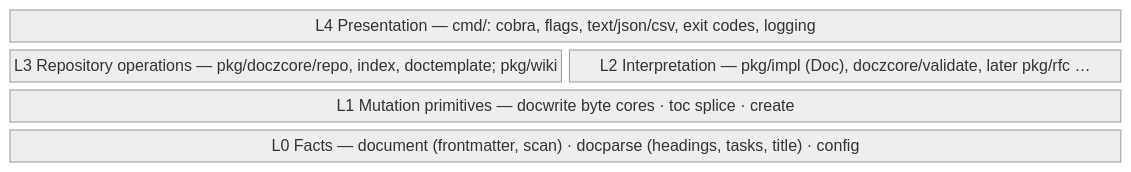
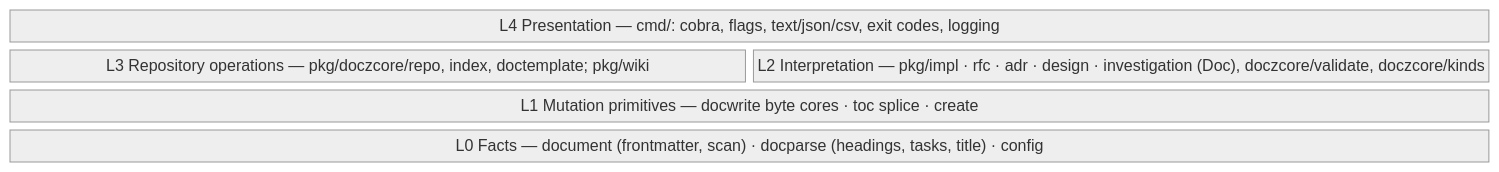
The first of 3 diagrams in docs/adr/0002-docz-is-an-api-package-whose-first-consumer-is-the-cli.md (donaldgifford/docz), drawn with Mermaid (neutral theme) before and after one commit. The commit also changed other lines of this file and 3 other files, not shown here.

````diff
--- a/docs/adr/0002-docz-is-an-api-package-whose-first-consumer-is-the-cli.md
+++ b/docs/adr/0002-docz-is-an-api-package-whose-first-consumer-is-the-cli.md
@@ -104,9 +104,9 @@
    ```mermaid
    block-beta
      columns 2
      L4["L4 Presentation — cmd/: cobra, flags, text/json/csv, exit codes, logging"]:2
      L3["L3 Repository operations — pkg/doczcore/repo, index, doctemplate; pkg/wiki"]
-     L2["L2 Interpretation — pkg/impl (Doc), doczcore/validate, later pkg/rfc …"]
+     L2["L2 Interpretation — pkg/impl · rfc · adr · design · investigation (Doc), doczcore/validate, doczcore/kinds"]
      L1["L1 Mutation primitives — docwrite byte cores · toc splice · create"]:2
      L0["L0 Facts — document (frontmatter, scan) · docparse (headings, tasks, title) · config"]:2
    ```
````
